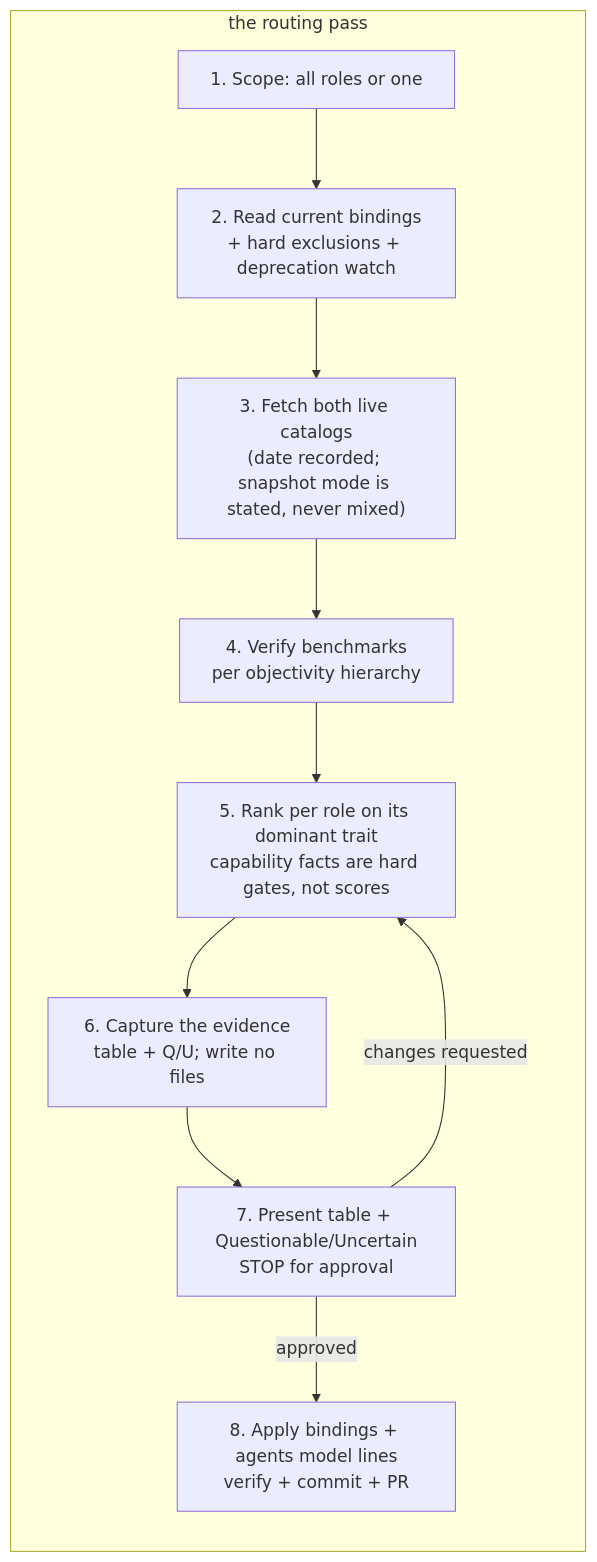
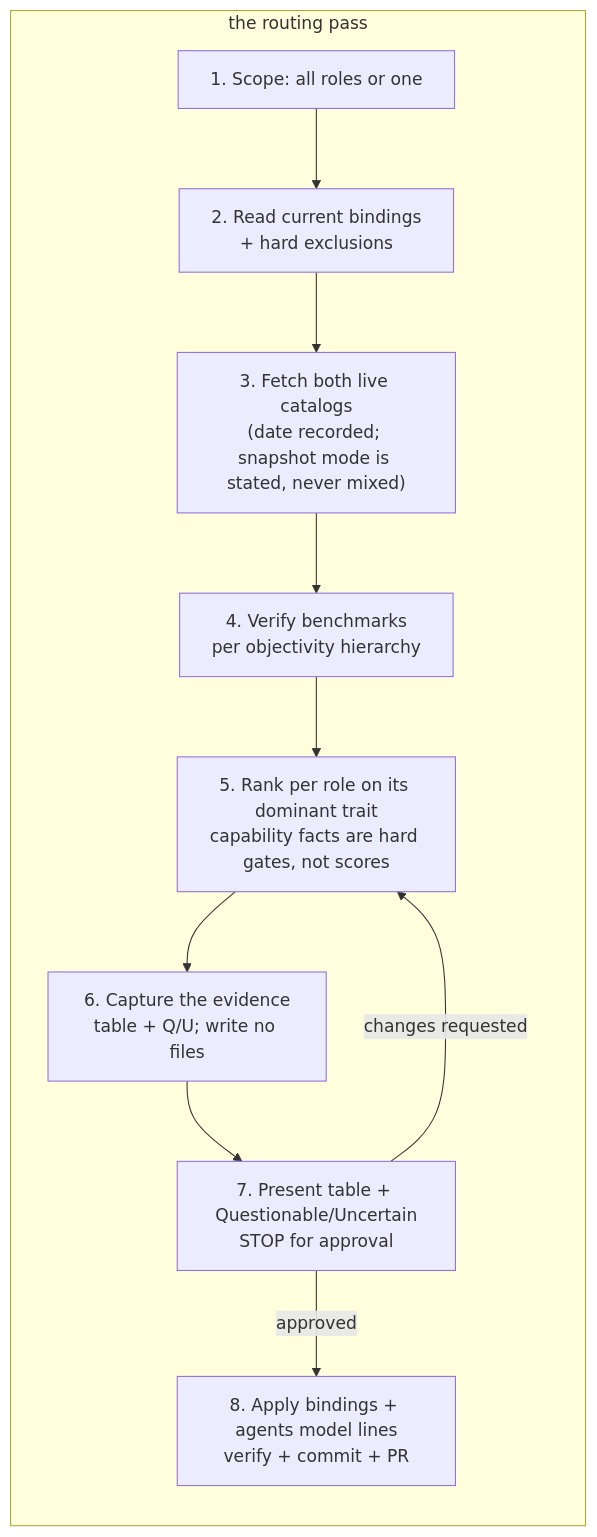
The eighth of 13 diagrams in docs/CONCEPTS.md (hierovision/ai-framework), drawn with Mermaid before and after one commit. The commit also changed other lines of this file and 4 other files, not shown here.

````diff
--- a/docs/CONCEPTS.md
+++ b/docs/CONCEPTS.md
@@ -431,14 +427,14 @@
 ```mermaid
 flowchart TB
     subgraph PASS["the routing pass"]
         direction TB
-        A["1. Scope: all roles or one"] --> B["2. Read current bindings<br/>+ hard exclusions + deprecation watch"]
+        A["1. Scope: all roles or one"] --> B["2. Read current bindings<br/>+ hard exclusions"]
         B --> C["3. Fetch both live catalogs<br/>(date recorded; snapshot mode is stated, never mixed)"]
         C --> D["4. Verify benchmarks<br/>per objectivity hierarchy"]
         D --> E["5. Rank per role on its dominant trait<br/>capability facts are hard gates, not scores"]
         E --> F["6. Capture the evidence<br/>table + Q/U; write no files"]
         F --> G["7. Present table + Questionable/Uncertain<br/>STOP for approval"]
         G -->|approved| H["8. Apply bindings + agents model lines<br/>verify + commit + PR"]
         G -->|changes requested| E
     end
 ```
````
